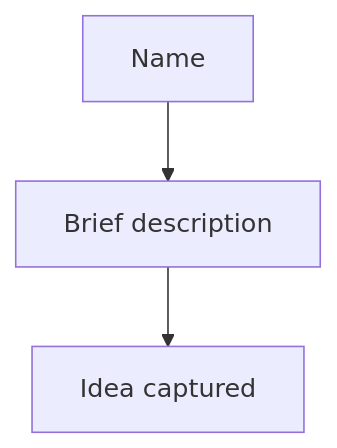
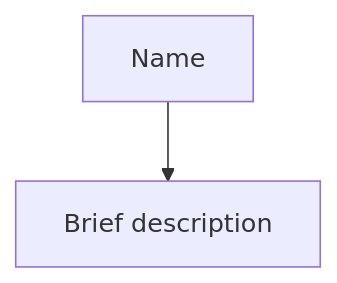
The second of 12 diagrams in docs/flows.md (nvidela-dev/nakama), drawn with Mermaid before and after one commit. The commit also changed 11 other files, not shown here.

````diff
--- a/docs/flows.md
+++ b/docs/flows.md
@@ -17,4 +17,4 @@
 ```mermaid
 flowchart TD
-  A["Name"] --> B["Brief description"] --> C["Idea captured"]
+  A["Name"] --> B["Brief description"]
 ```
````
